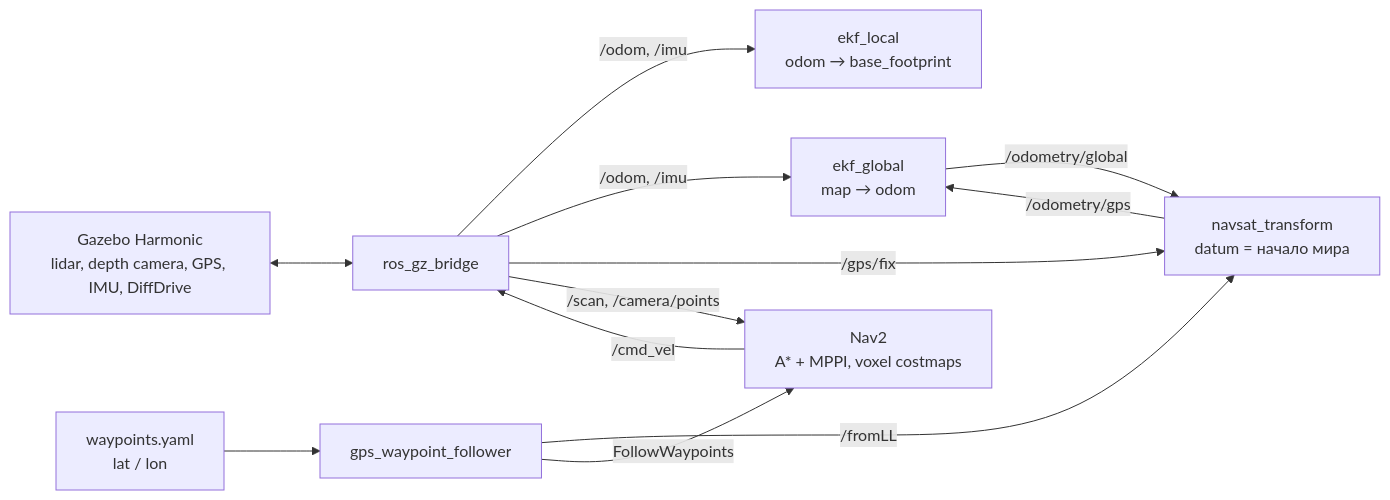
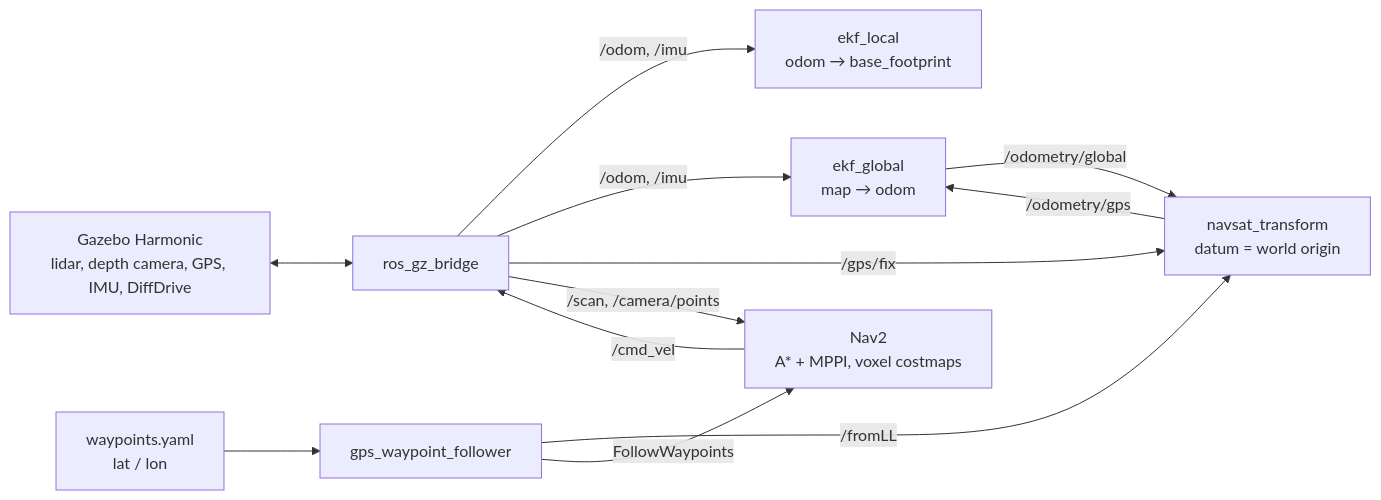
One commit to Wexito11/gps_nav_demo changed the diagram in README.md. Above: the diagram before and after it, drawn with Mermaid. The commit also changed other lines of this file and 1 other file, not shown here.

````diff
--- a/README.md
+++ b/README.md
@@ -66,22 +66,22 @@
 ```mermaid
 flowchart LR
     GZ["Gazebo Harmonic<br/>lidar, depth camera, GPS, IMU, DiffDrive"]
     BR["ros_gz_bridge"]
     EL["ekf_local<br/>odom → base_footprint"]
     EG["ekf_global<br/>map → odom"]
-    NS["navsat_transform<br/>datum = начало мира"]
+    NS["navsat_transform<br/>datum = world origin"]
     WP["waypoints.yaml<br/>lat / lon"]
     MI["gps_waypoint_follower"]
     NAV["Nav2<br/>A* + MPPI, voxel costmaps"]
     GZ <--> BR
     BR -->|/odom, /imu| EL
     BR -->|/odom, /imu| EG
     BR -->|/gps/fix| NS
     NS -->|/odometry/gps| EG
     EG -->|/odometry/global| NS
     WP --> MI
     MI -->|/fromLL| NS
     MI -->|FollowWaypoints| NAV
     BR -->|/scan, /camera/points| NAV
     NAV -->|/cmd_vel| BR
 ```
````
